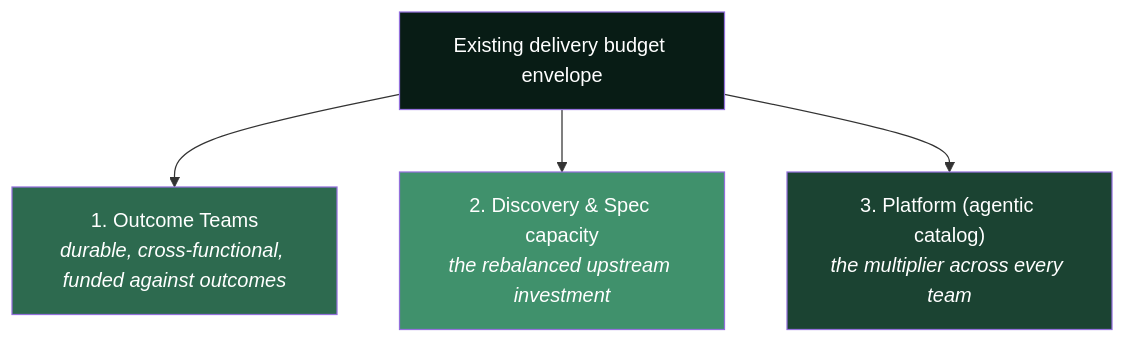
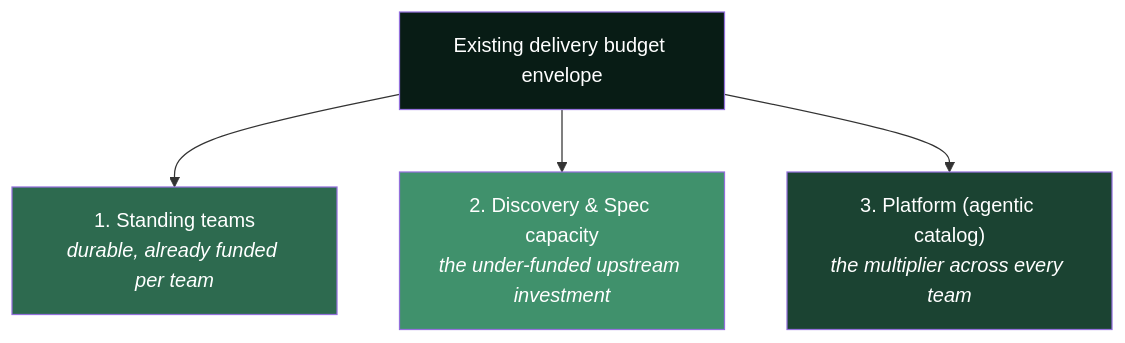
Before and after one commit to RED-Internal-Development/delivery-operating-model: the second of 3 diagrams in docs/funding-and-operating-budget.md, drawn with Mermaid. The commit also changed other lines of this file and 4 other files, not shown here.

Commit message:
docs: reframe funding doc to durable-team reality; wire upstream-blockers into nav/index/README/glance

````diff
--- a/docs/funding-and-operating-budget.md
+++ b/docs/funding-and-operating-budget.md
@@ -86,12 +85,12 @@
 ```mermaid
 flowchart TB
     ENV["Existing delivery budget envelope"]
-    ENV --> OT["1. Outcome Teams<br/><i>durable, cross-functional, funded against outcomes</i>"]
-    ENV --> DISC["2. Discovery & Spec capacity<br/><i>the rebalanced upstream investment</i>"]
+    ENV --> OT["1. Standing teams<br/><i>durable, already funded per team</i>"]
+    ENV --> DISC["2. Discovery & Spec capacity<br/><i>the under-funded upstream investment</i>"]
     ENV --> PLAT["3. Platform (agentic catalog)<br/><i>the multiplier across every team</i>"]
 
     style ENV fill:#081c15,color:#fff
     style OT fill:#2d6a4f,color:#fff
     style DISC fill:#40916c,color:#fff
     style PLAT fill:#1b4332,color:#fff
 ```
````
